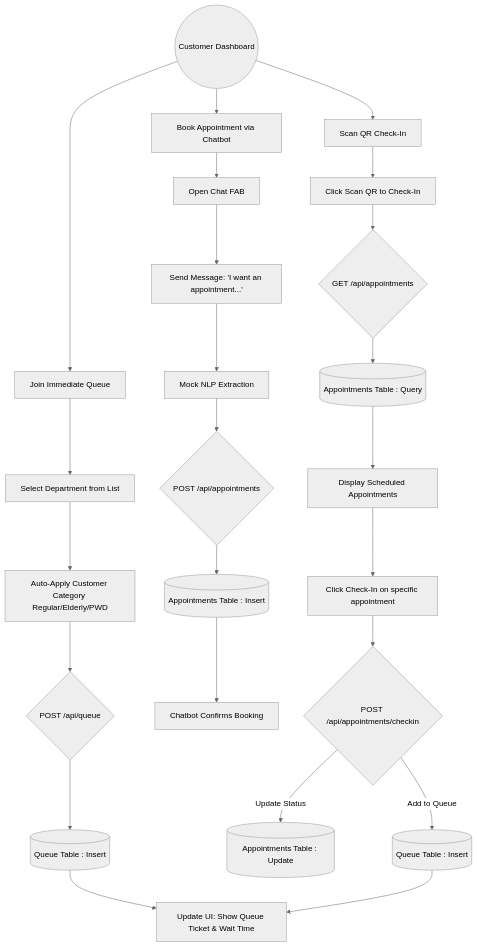
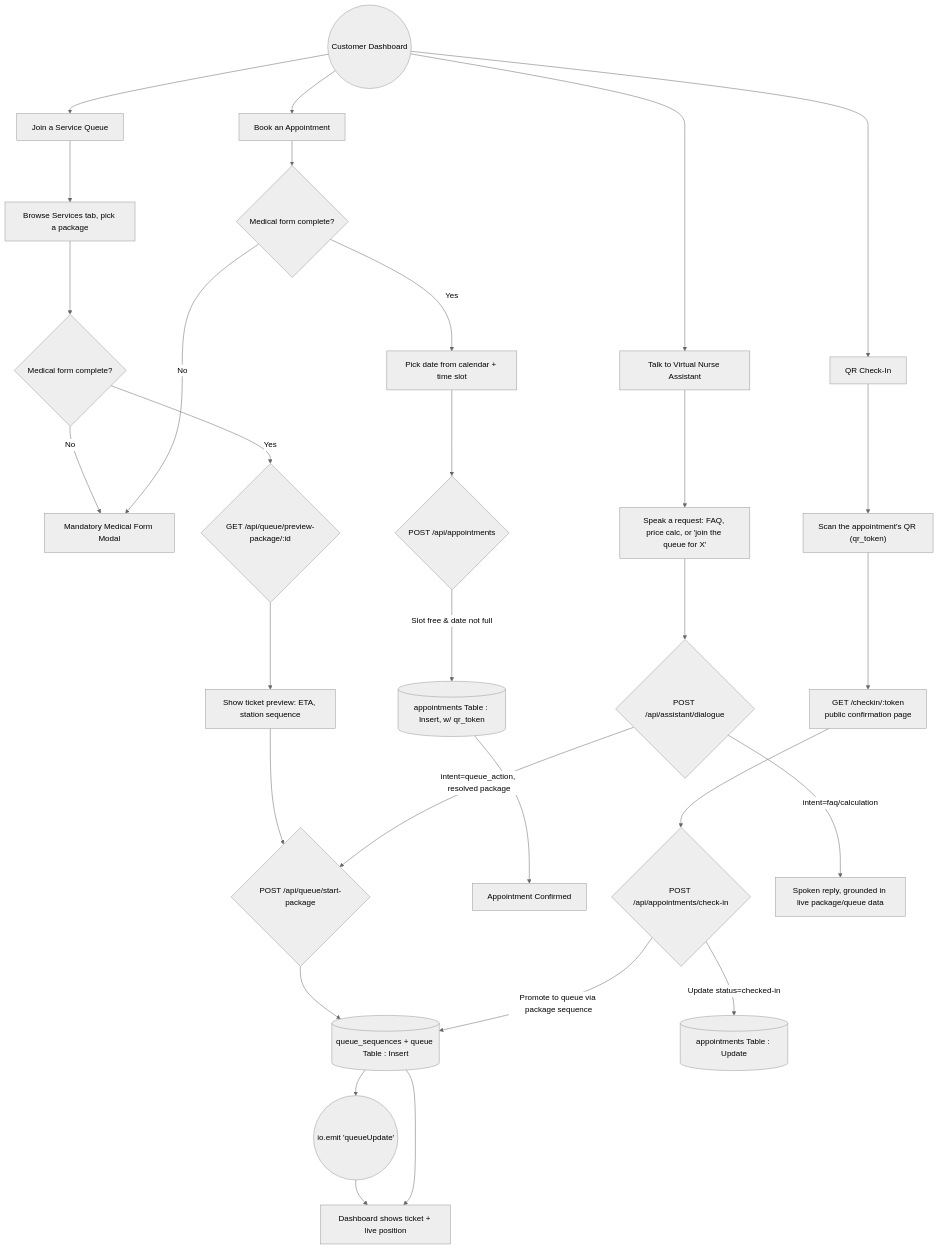
Before and after one commit to Delle-Bit/Queue-Anti: the second of 3 diagrams in flowchart.md, drawn with Mermaid (neutral theme). The commit also changed other lines of this file and 71 other files, not shown here.

````diff
--- a/flowchart.md
+++ b/flowchart.md
@@ -43,32 +47,40 @@
 ```mermaid
 flowchart TD
-    Dashboard((Customer Dashboard)) --> Option1[Join Immediate Queue]
-    Dashboard --> Option2[Book Appointment via Chatbot]
-    Dashboard --> Option3[Scan QR Check-In]
+    Dashboard((Customer Dashboard)) --> Option1[Join a Service Queue]
+    Dashboard --> Option2[Book an Appointment]
+    Dashboard --> Option3[QR Check-In]
+    Dashboard --> VA[Talk to Virtual Nurse Assistant]
 
-    %% Option 1: Direct Queue
-    Option1 --> SelectDept[Select Department from List]
-    SelectDept --> AutoCat[Auto-Apply Customer Category \nRegular/Elderly/PWD]
-    AutoCat --> SubmitQueue{POST /api/queue}
-    SubmitQueue --> DB_Queue[(Queue Table : Insert)]
-    DB_Queue --> ShowTicket[Update UI: Show Queue Ticket & Wait Time]
+    %% Option 1: Join a service package queue
+    Option1 --> BrowseServices[Browse Services tab, pick a package]
+    BrowseServices --> MedGate1{Medical form complete?}
+    MedGate1 -->|No| MedForm[Mandatory Medical Form Modal]
+    MedGate1 -->|Yes| Preview{GET /api/queue/preview-package/:id}
+    Preview --> ShowPreview[Show ticket preview: ETA, station sequence]
+    ShowPreview --> ConfirmQueue{POST /api/queue/start-package}
+    ConfirmQueue --> DB_Seq[(queue_sequences + queue Table : Insert)]
+    DB_Seq --> SocketEmit1(( io.emit 'queueUpdate' ))
+    SocketEmit1 --> ShowTicket[Dashboard shows ticket + live position]
 
-    %% Option 2: Booking via Chatbot
-    Option2 --> OpenChat[Open Chat FAB]
-    OpenChat --> SendMsg[Send Message: 'I want an appointment...']
-    SendMsg --> NLP[Mock NLP Extraction]
-    NLP --> SubmitAppt{POST /api/appointments}
-    SubmitAppt --> DB_Appt[(Appointments Table : Insert)]
-    DB_Appt --> ChatResponse[Chatbot Confirms Booking]
+    %% Option 2: Book an appointment
+    Option2 --> MedGate2{Medical form complete?}
+    MedGate2 -->|No| MedForm
+    MedGate2 -->|Yes| PickSlot[Pick date from calendar + time slot]
+    PickSlot --> SubmitAppt{POST /api/appointments}
+    SubmitAppt -->|Slot free & date not full| DB_Appt[(appointments Table : Insert, w/ qr_token)]
+    DB_Appt --> ApptConfirmed[Appointment Confirmed]
 
     %% Option 3: QR Check-In
-    Option3 --> ScanQR[Click Scan QR to Check-In]
-    ScanQR --> FetchAppt{GET /api/appointments}
-    FetchAppt --> DB_FetchAppt[(Appointments Table : Query)]
-    DB_FetchAppt --> DisplayAppt[Display Scheduled Appointments]
-    DisplayAppt --> ClickCheckIn[Click Check-In on specific appointment]
-    ClickCheckIn --> ConvertQueue{POST /api/appointments/checkin}
-    ConvertQueue -->|Update Status| DB_ApptUpdate[(Appointments Table : Update)]
-    ConvertQueue -->|Add to Queue| DB_Queue2[(Queue Table : Insert)]
-    DB_Queue2 --> ShowTicket
+    Option3 --> ScanQR["Scan the appointment's QR (qr_token)"]
+    ScanQR --> CheckinPage[GET /checkin/:token \npublic confirmation page]
+    CheckinPage --> ConvertQueue{POST /api/appointments/check-in}
+    ConvertQueue -->|Update status=checked-in| DB_ApptUpdate[(appointments Table : Update)]
+    ConvertQueue -->|Promote to queue via package sequence| DB_Seq
+    DB_Seq --> ShowTicket
+
+    %% VA voice assistant
+    VA --> Speak[Speak a request: FAQ, price calc, or 'join the queue for X']
+    Speak --> Dialogue{POST /api/assistant/dialogue}
+    Dialogue -->|intent=queue_action, resolved package| ConfirmQueue
+    Dialogue -->|intent=faq/calculation| VAReply[Spoken reply, grounded in live package/queue data]
 ```
````
